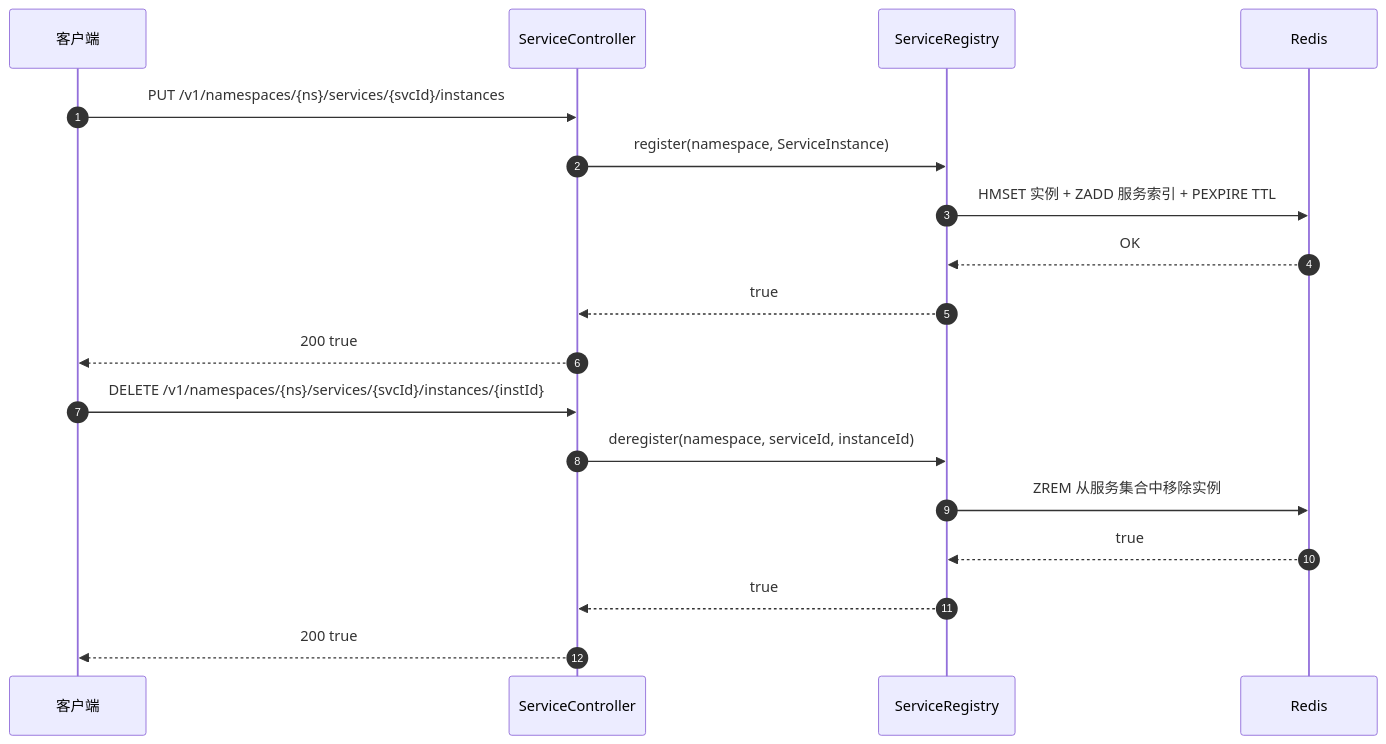
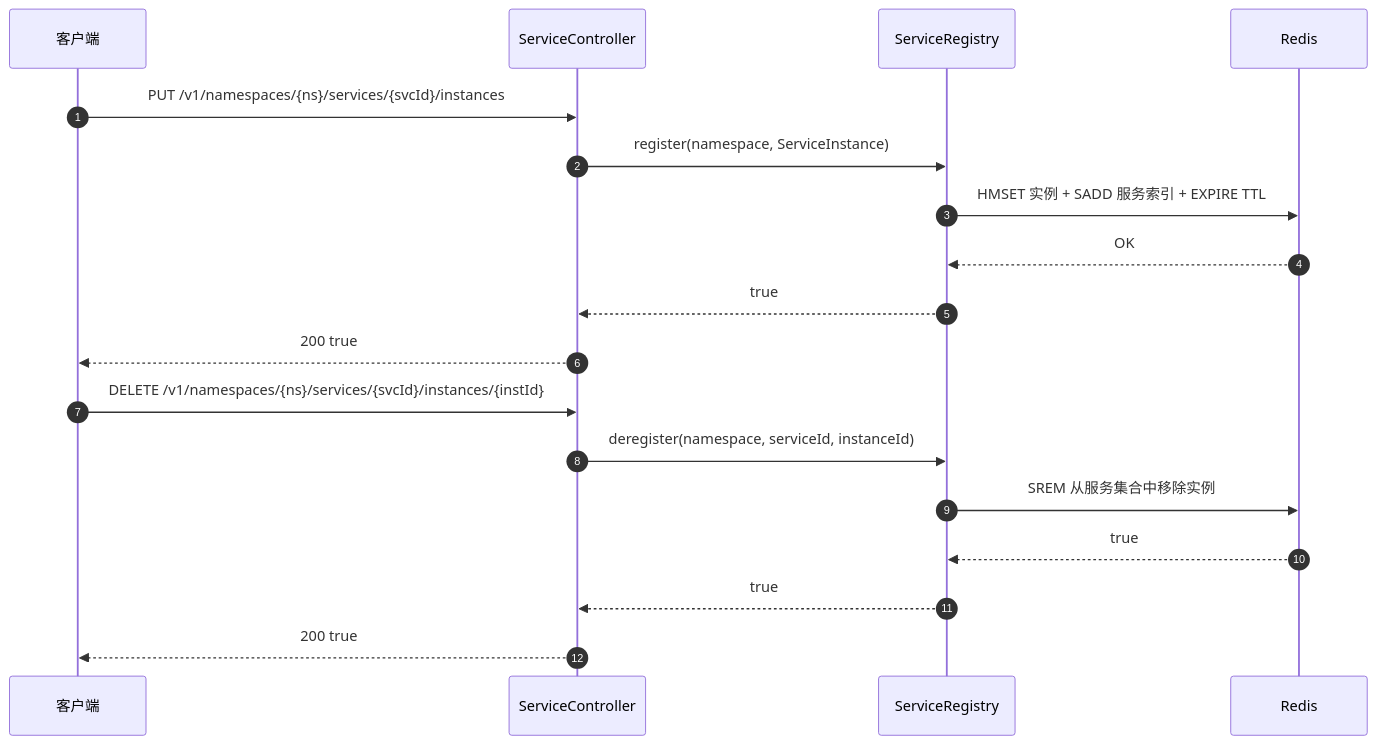
The second of 3 diagrams in wiki/zh/guide/rest-api.md (Ahoo-Wang/CoSky), drawn with Mermaid before and after one commit. The commit also changed 31 other files, not shown here.

````diff
--- a/wiki/zh/guide/rest-api.md
+++ b/wiki/zh/guide/rest-api.md
@@ -155,22 +155,22 @@
 ```mermaid
 sequenceDiagram
     autonumber
     participant Client as 客户端
     participant ServiceController
     participant ServiceRegistry
     participant Redis
 
     Client->>ServiceController: PUT /v1/namespaces/{ns}/services/{svcId}/instances
     ServiceController->>ServiceRegistry: register(namespace, ServiceInstance)
-    ServiceRegistry->>Redis: HMSET 实例 + ZADD 服务索引 + PEXPIRE TTL
+    ServiceRegistry->>Redis: HMSET 实例 + SADD 服务索引 + EXPIRE TTL
     Redis-->>ServiceRegistry: OK
     ServiceRegistry-->>ServiceController: true
     ServiceController-->>Client: 200 true
 
     Client->>ServiceController: DELETE /v1/namespaces/{ns}/services/{svcId}/instances/{instId}
     ServiceController->>ServiceRegistry: deregister(namespace, serviceId, instanceId)
-    ServiceRegistry->>Redis: ZREM 从服务集合中移除实例
+    ServiceRegistry->>Redis: SREM 从服务集合中移除实例
     Redis-->>ServiceRegistry: true
     ServiceRegistry-->>ServiceController: true
     ServiceController-->>Client: 200 true
 ```
````
